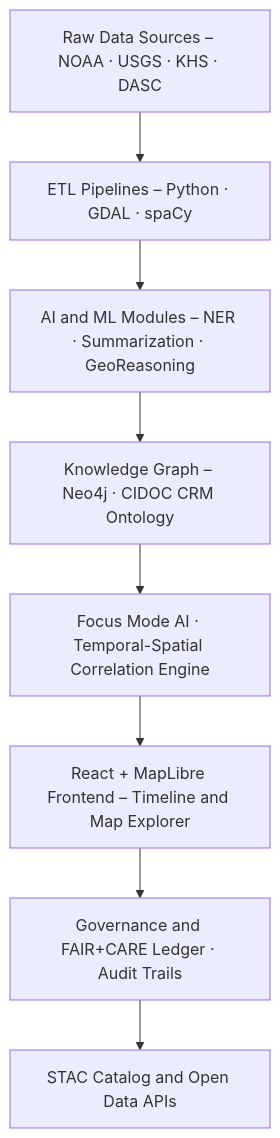
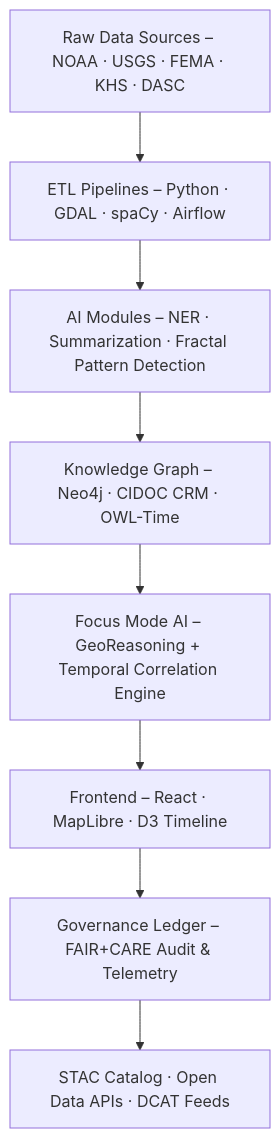
Before and after one commit to bartytime4life/Kansas-Frontier-Matrix: the diagram in README.md, drawn with Mermaid. The commit also changed other lines of this file, not shown here.

````diff
--- a/README.md
+++ b/README.md
@@ -71,10 +69,10 @@
 ```mermaid
 flowchart TD
-A[Raw Data Sources – NOAA · USGS · KHS · DASC] --> B[ETL Pipelines – Python · GDAL · spaCy]
-B --> C[AI and ML Modules – NER · Summarization · GeoReasoning]
-C --> D[Knowledge Graph – Neo4j · CIDOC CRM Ontology]
-D --> E[Focus Mode AI · Temporal-Spatial Correlation Engine]
-E --> F[React + MapLibre Frontend – Timeline and Map Explorer]
-F --> G[Governance and FAIR+CARE Ledger · Audit Trails]
-G --> H[STAC Catalog and Open Data APIs]
+A["Raw Data Sources – NOAA · USGS · FEMA · KHS · DASC"] --> B["ETL Pipelines – Python · GDAL · spaCy · Airflow"]
+B --> C["AI Modules – NER · Summarization · Fractal Pattern Detection"]
+C --> D["Knowledge Graph – Neo4j · CIDOC CRM · OWL-Time"]
+D --> E["Focus Mode AI – GeoReasoning + Temporal Correlation Engine"]
+E --> F["Frontend – React · MapLibre · D3 Timeline"]
+F --> G["Governance Ledger – FAIR+CARE Audit & Telemetry"]
+G --> H["STAC Catalog · Open Data APIs · DCAT Feeds"]
 ```
````
